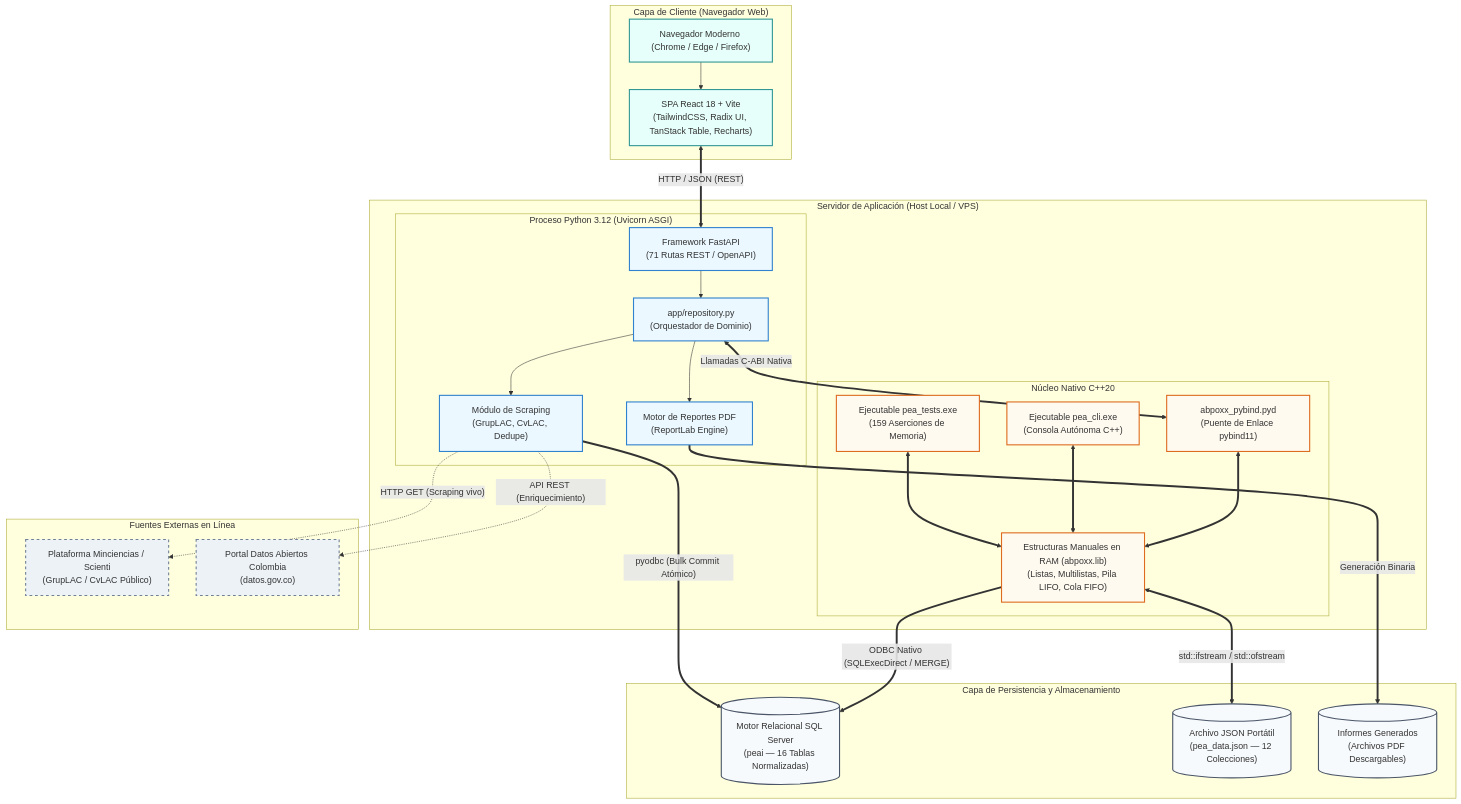
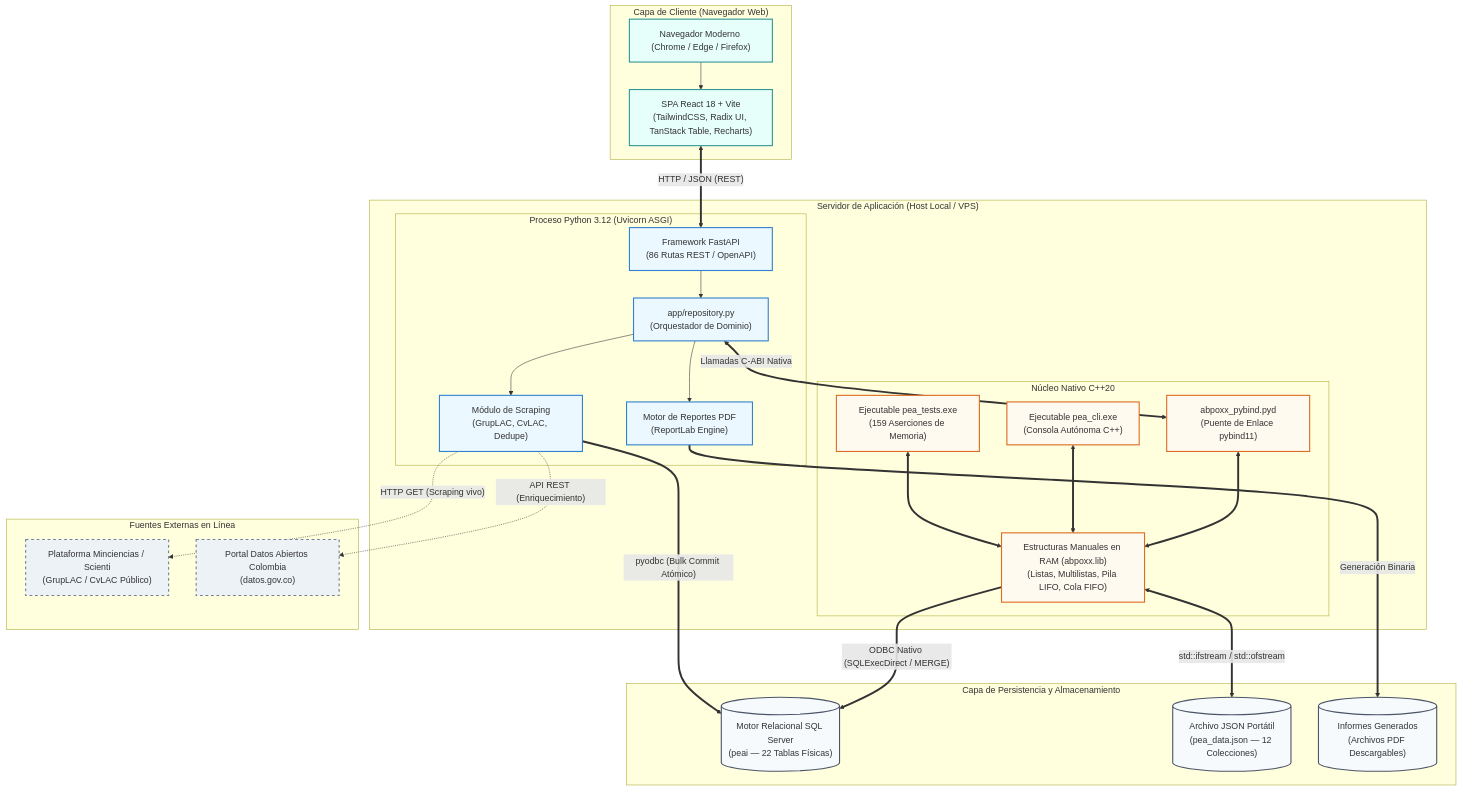
One commit to WillQUERTY/sys-pea-integration changed the tenth of 11 diagrams in docs/PEA-i_Especificacion_Integral_Cumplimiento_Taller2.md. Above: the diagram before and after it, drawn with Mermaid. The commit also changed other lines of this file and 21 other files, not shown here.

````diff
--- a/docs/PEA-i_Especificacion_Integral_Cumplimiento_Taller2.md
+++ b/docs/PEA-i_Especificacion_Integral_Cumplimiento_Taller2.md
@@ -2067,58 +2097,58 @@
 ```mermaid
 graph TB
     classDef clientStyle fill:#e6fffa,stroke:#319795,stroke-width:2px;
     classDef serverStyle fill:#ebf8ff,stroke:#3182ce,stroke-width:2px;
     classDef nativeStyle fill:#fffaf0,stroke:#dd6b20,stroke-width:2px;
     classDef dataStyle fill:#f7fafc,stroke:#4a5568,stroke-width:2px;
     classDef extStyle fill:#edf2f7,stroke:#718096,stroke-width:2px,stroke-dasharray: 5 5;
 
     subgraph Cliente ["Capa de Cliente (Navegador Web)"]
         Browser["Navegador Moderno (Chrome / Edge / Firefox)"]:::clientStyle
         ReactApp["SPA React 18 + Vite\n(TailwindCSS, Radix UI, TanStack Table, Recharts)"]:::clientStyle
         Browser --> ReactApp
     end
 
     subgraph Servidor ["Servidor de Aplicación (Host Local / VPS)"]
         subgraph PythonRuntime ["Proceso Python 3.12 (Uvicorn ASGI)"]
-            FastAPI["Framework FastAPI\n(71 Rutas REST / OpenAPI)"]:::serverStyle
+            FastAPI["Framework FastAPI\n(86 Rutas REST / OpenAPI)"]:::serverStyle
             RepoModule["app/repository.py\n(Orquestador de Dominio)"]:::serverStyle
             ScraperEngine["Módulo de Scraping\n(GrupLAC, CvLAC, Dedupe)"]:::serverStyle
             PDFEngine["Motor de Reportes PDF\n(ReportLab Engine)"]:::serverStyle
         end
 
         subgraph NativeCore ["Núcleo Nativo C++20"]
             PyBindModule["abpoxx_pybind.pyd\n(Puente de Enlace pybind11)"]:::nativeStyle
             CoreRAM["Estructuras Manuales en RAM (abpoxx.lib)\n(Listas, Multilistas, Pila LIFO, Cola FIFO)"]:::nativeStyle
             CLI["Ejecutable pea_cli.exe\n(Consola Autónoma C++)"]:::nativeStyle
             Tests["Ejecutable pea_tests.exe\n(159 Aserciones de Memoria)"]:::nativeStyle
         end
 
         FastAPI --> RepoModule
         RepoModule --> ScraperEngine
         RepoModule --> PDFEngine
         RepoModule <==>|Llamadas C-ABI Nativa| PyBindModule
         PyBindModule <==> CoreRAM
         CLI <==> CoreRAM
         Tests <==> CoreRAM
     end
 
     subgraph Persistencia ["Capa de Persistencia y Almacenamiento"]
-        SQLServer[("Motor Relacional SQL Server\n(peai — 16 Tablas Normalizadas)")]:::dataStyle
+        SQLServer[("Motor Relacional SQL Server\n(peai — 22 Tablas Físicas)")]:::dataStyle
         JSONFile[("Archivo JSON Portátil\n(pea_data.json — 12 Colecciones)")]:::dataStyle
         PDFStorage[("Informes Generados\n(Archivos PDF Descargables)")]:::dataStyle
     end
 
     subgraph Externo ["Fuentes Externas en Línea"]
         Scienti["Plataforma Minciencias / Scienti\n(GrupLAC / CvLAC Público)"]:::extStyle
         DatosAbiertos["Portal Datos Abiertos Colombia\n(datos.gov.co)"]:::extStyle
     end
 
     ReactApp <==>|"HTTP / JSON (REST)"| FastAPI
     ScraperEngine -.->|"HTTP GET (Scraping vivo)"| Scienti
     ScraperEngine -.->|"API REST (Enriquecimiento)"| DatosAbiertos
 
     CoreRAM ==>|"ODBC Nativo (SQLExecDirect / MERGE)"| SQLServer
     ScraperEngine ==>|"pyodbc (Bulk Commit Atómico)"| SQLServer
     CoreRAM <==>|std::ifstream / std::ofstream| JSONFile
     PDFEngine ==>|Generación Binaria| PDFStorage
 ```
````
